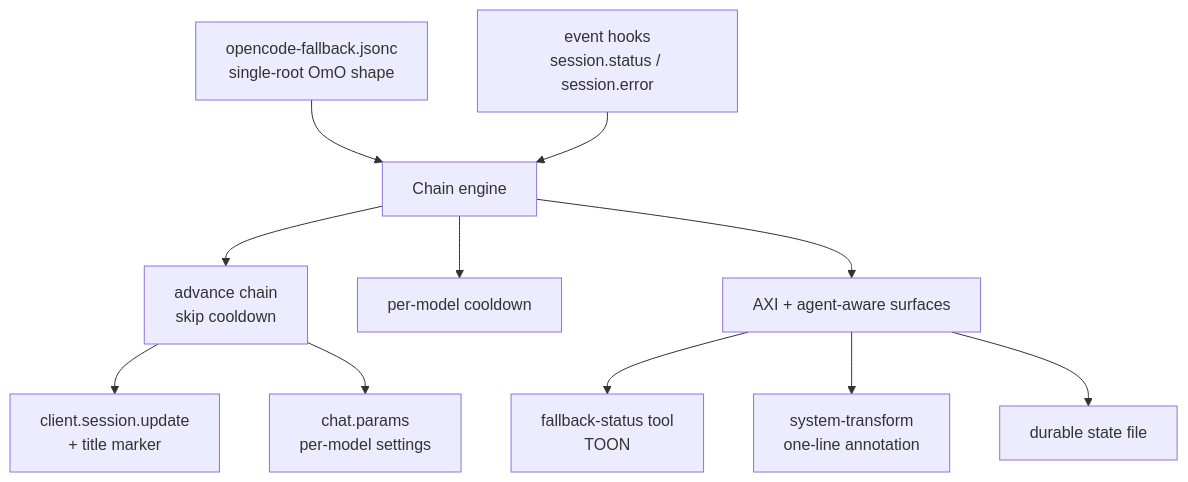
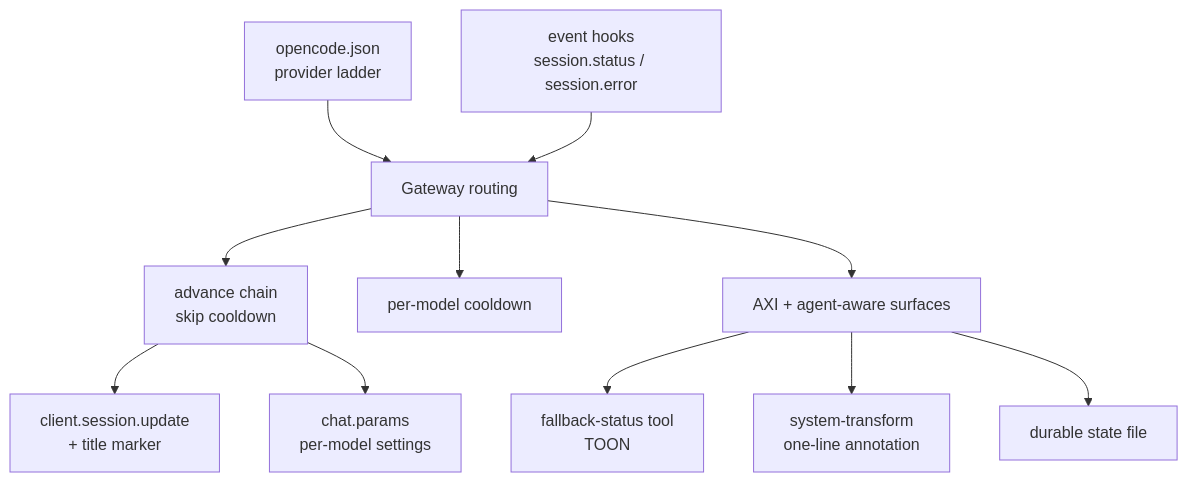
The first of 3 diagrams in dot_agents/skills/opencode-config/references/PLUGINS.md (phillias/dotfiles), drawn with Mermaid before and after one commit. The commit also changed other lines of this file and 17 other files, not shown here.

Commit message:
Remove dead opencode runtime fallback files

````diff
--- a/dot_agents/skills/opencode-config/references/PLUGINS.md
+++ b/dot_agents/skills/opencode-config/references/PLUGINS.md
@@ -50,13 +49,13 @@
 ```mermaid
 flowchart TB
-  CFG["opencode-fallback.jsonc<br/>single-root OmO shape"] --> CORE[Chain engine]
+  CFG["opencode.json<br/>provider ladder"] --> CORE[Gateway routing]
   EV["event hooks<br/>session.status / session.error"] --> CORE
   CORE --> STEP["advance chain<br/>skip cooldown"]
   STEP --> UPD["client.session.update<br/>+ title marker"]
   STEP --> CHP["chat.params<br/>per-model settings"]
   CORE --> CD[per-model cooldown]
   CORE --> AXS["AXI + agent-aware surfaces"]
   AXS --> TOOL["fallback-status tool<br/>TOON"]
   AXS --> PROMPT["system-transform<br/>one-line annotation"]
   AXS --> STATE[durable state file]
 ```
````
